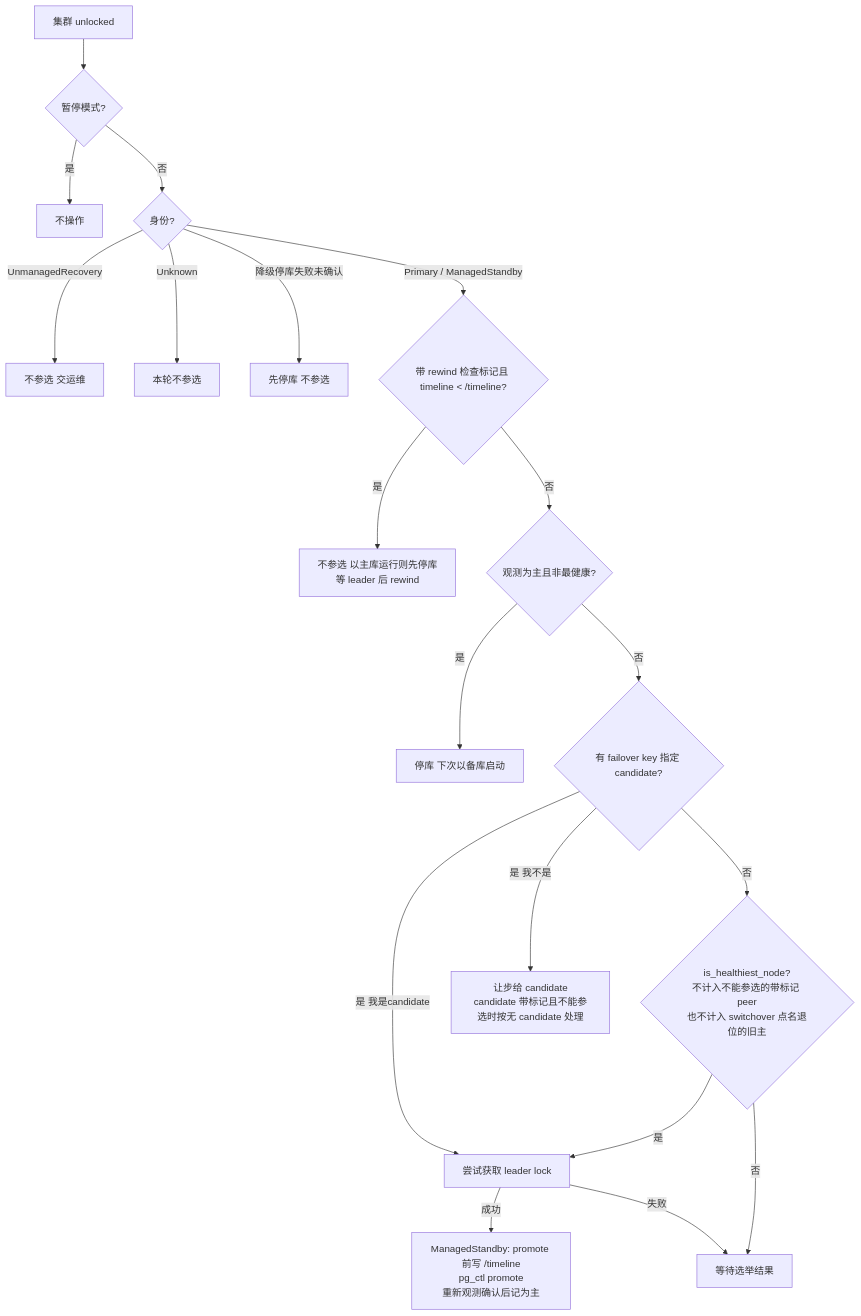
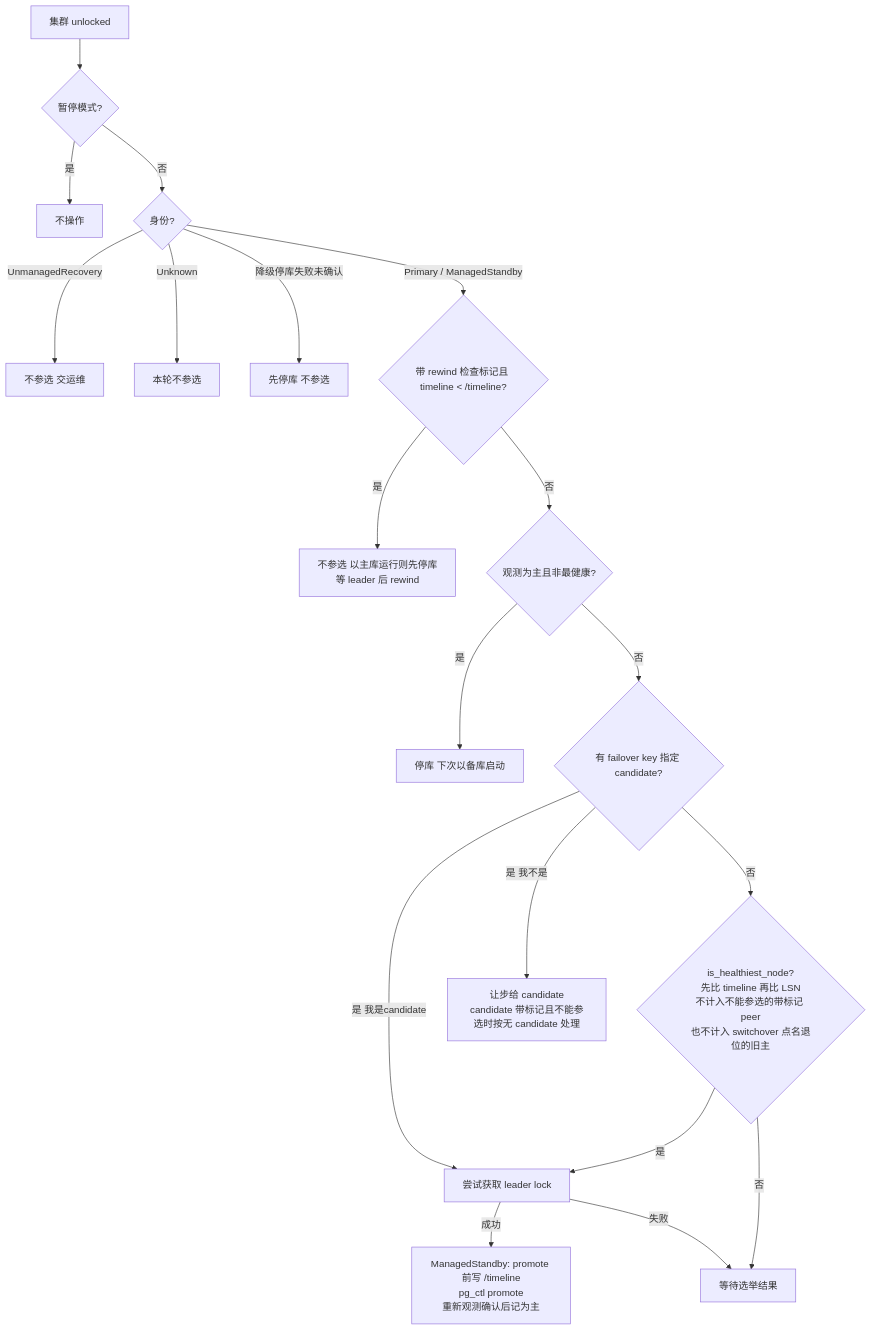
One commit to seraphico/pg-ha changed the third of 11 diagrams in docs/pg-ha-architecture.md. Above: the diagram before and after it, drawn with Mermaid. The commit also changed 3 other files, not shown here.

First line of the commit message:
fix(ha): elect by timeline before LSN

````diff
--- a/docs/pg-ha-architecture.md
+++ b/docs/pg-ha-architecture.md
@@ -56,21 +56,21 @@
 ```mermaid
 flowchart TD
     START[集群 unlocked] --> PAUSE{暂停模式?}
     PAUSE -->|是| NOOP[不操作]
     PAUSE -->|否| IDENT{身份?}
     IDENT -->|UnmanagedRecovery| ASIDE[不参选 交运维]
     IDENT -->|Unknown| SKIP[本轮不参选]
     IDENT -->|降级停库失败未确认| FENCE[先停库 不参选]
     IDENT -->|Primary / ManagedStandby| MARK{带 rewind 检查标记且 timeline < /timeline?}
     MARK -->|是| ASIDE2[不参选 以主库运行则先停库<br/>等 leader 后 rewind]
     MARK -->|否| STALE{观测为主且非最健康?}
     STALE -->|是| STOPSTALE[停库 下次以备库启动]
     STALE -->|否| FAILOVER{有 failover key 指定 candidate?}
     FAILOVER -->|是 我是candidate| ACQUIRE[尝试获取 leader lock]
     FAILOVER -->|是 我不是| DEFER[让步给 candidate<br/>candidate 带标记且不能参选时按无 candidate 处理]
-    FAILOVER -->|否| HEALTH{is_healthiest_node?<br/>不计入不能参选的带标记 peer<br/>也不计入 switchover 点名退位的旧主}
+    FAILOVER -->|否| HEALTH{is_healthiest_node?<br/>先比 timeline 再比 LSN<br/>不计入不能参选的带标记 peer<br/>也不计入 switchover 点名退位的旧主}
     HEALTH -->|是| ACQUIRE
     HEALTH -->|否| WAIT[等待选举结果]
     ACQUIRE -->|成功| PROMOTE[ManagedStandby: promote 前写 /timeline<br/>pg_ctl promote<br/>重新观测确认后记为主]
     ACQUIRE -->|失败| WAIT
 ```
````
